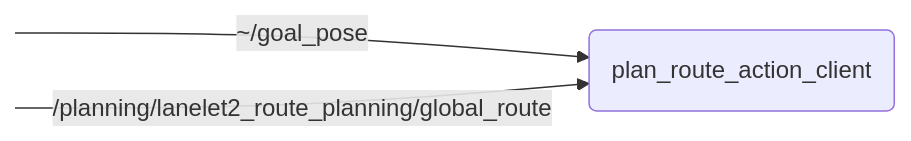
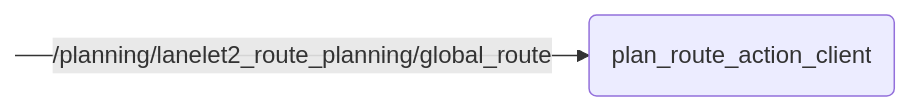
Before and after one commit to openads-project/lanelet2_route_planning: the diagram in plan_route_action_client/README.md, drawn with Mermaid. The commit also changed other lines of this file and 13 other files, not shown here.

````diff
--- a/plan_route_action_client/README.md
+++ b/plan_route_action_client/README.md
@@ -17,7 +17,6 @@
 ```mermaid
 flowchart LR
     NODE("plan_route_action_client")
-    S0:::hidden -->|~/goal_pose| NODE
     S1:::hidden -->|/planning/lanelet2_route_planning/global_route| NODE
     classDef hidden display: none;
 ```
````
